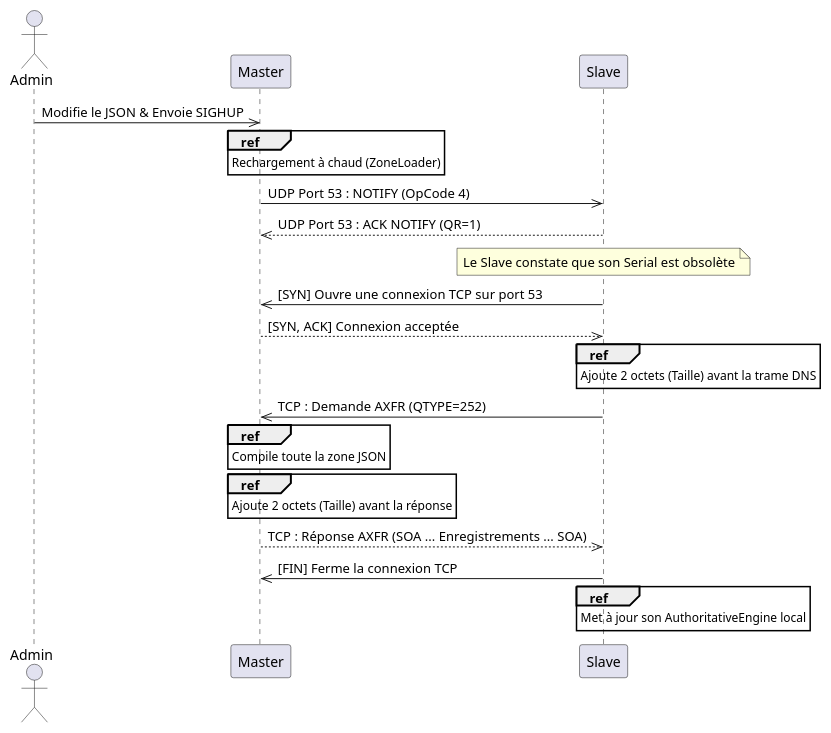
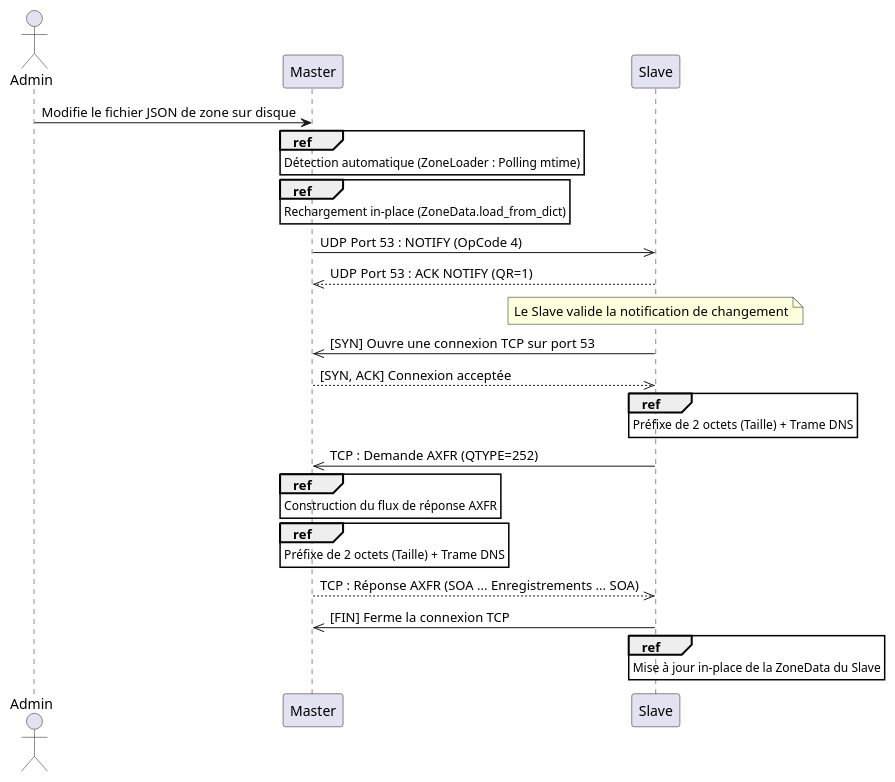
One commit to StSvedar/padr-DNS changed the diagram in doc/schemas/sequence_AXFR.plantuml. Above: the diagram before and after it, drawn with PlantUML. The commit also changed 18 other files, not shown here.

```diff
--- a/doc/schemas/sequence_AXFR.plantuml
+++ b/doc/schemas/sequence_AXFR.plantuml
@@ -1,26 +1,27 @@
 @startuml
 actor Admin
 participant Master
 participant Slave
 
-Admin->>Master: Modifie le JSON & Envoie SIGHUP
-ref over Master: Rechargement à chaud (ZoneLoader)
+Admin -> Master: Modifie le fichier JSON de zone sur disque
+ref over Master: Détection automatique (ZoneLoader : Polling mtime)
+ref over Master: Rechargement in-place (ZoneData.load_from_dict)
 
-Master->>Slave: UDP Port 53 : NOTIFY (OpCode 4)
-Slave-->>Master: UDP Port 53 : ACK NOTIFY (QR=1)
+Master ->> Slave: UDP Port 53 : NOTIFY (OpCode 4)
+Slave -->> Master: UDP Port 53 : ACK NOTIFY (QR=1)
 
-Note over Slave: Le Slave constate que son Serial est obsolète
+Note over Slave: Le Slave valide la notification de changement
 
-Slave->>Master: [SYN] Ouvre une connexion TCP sur port 53
-Master-->>Slave: [SYN, ACK] Connexion acceptée
+Slave ->> Master: [SYN] Ouvre une connexion TCP sur port 53
+Master -->> Slave: [SYN, ACK] Connexion acceptée
 
-ref over Slave: Ajoute 2 octets (Taille) avant la trame DNS
-Slave->>Master: TCP : Demande AXFR (QTYPE=252)
+ref over Slave: Préfixe de 2 octets (Taille) + Trame DNS
+Slave ->> Master: TCP : Demande AXFR (QTYPE=252)
 
-ref over Master: Compile toute la zone JSON
-ref over Master: Ajoute 2 octets (Taille) avant la réponse
-Master-->>Slave: TCP : Réponse AXFR (SOA ... Enregistrements ... SOA)
+ref over Master: Construction du flux de réponse AXFR
+ref over Master: Préfixe de 2 octets (Taille) + Trame DNS
+Master -->> Slave: TCP : Réponse AXFR (SOA ... Enregistrements ... SOA)
 
-Slave->>Master: [FIN] Ferme la connexion TCP
-ref over Slave: Met à jour son AuthoritativeEngine local
+Slave ->> Master: [FIN] Ferme la connexion TCP
+ref over Slave: Mise à jour in-place de la ZoneData du Slave
 @enduml
```
